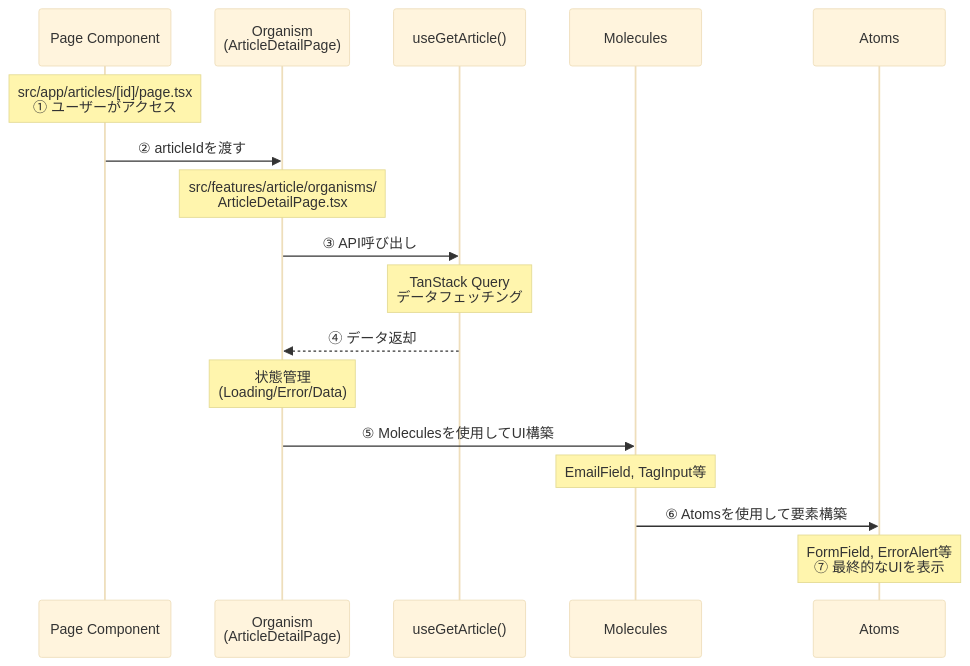
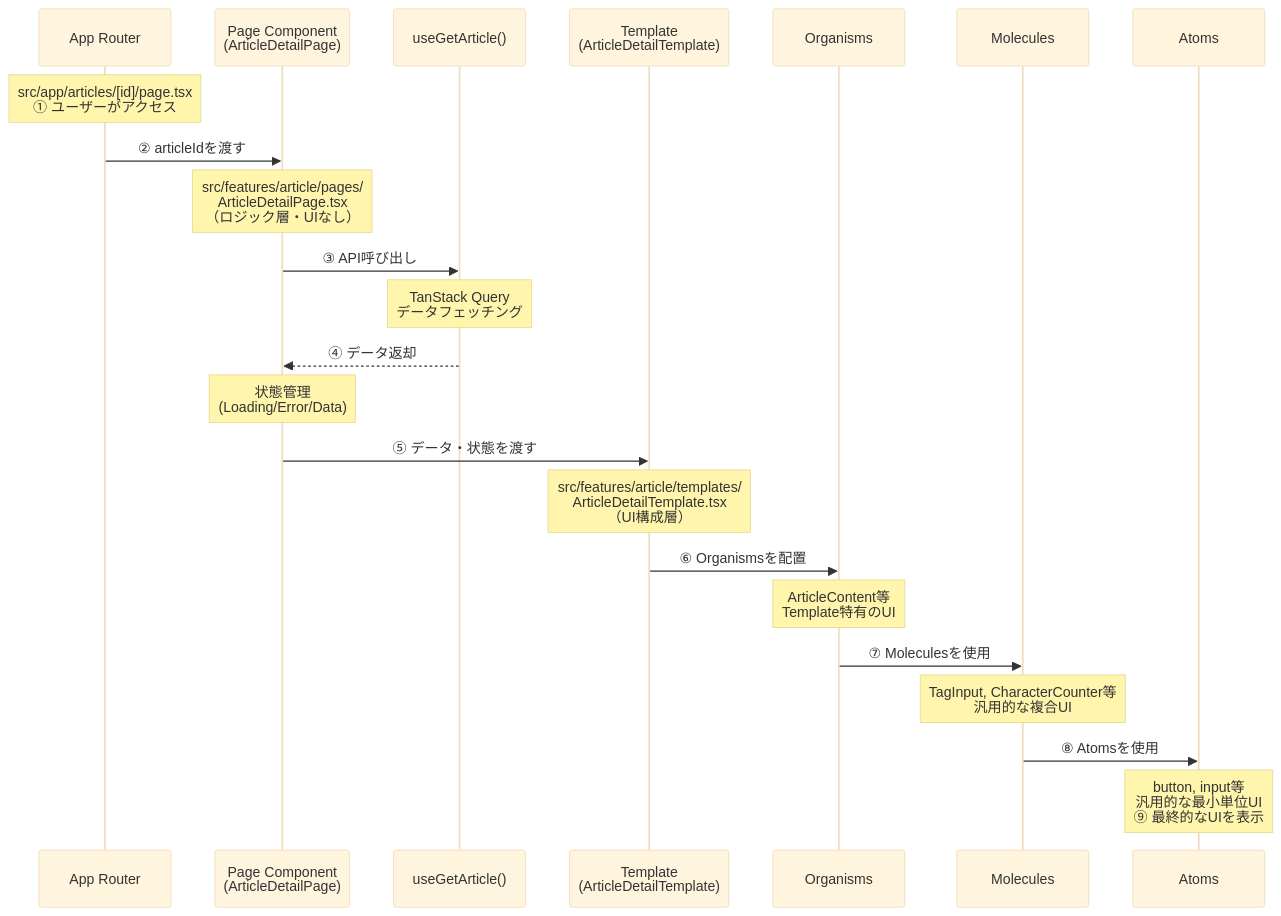
Before and after one commit to doguto/nari-note: the second of 7 diagrams in nari-note-frontend/docs/architecture-diagram.md, drawn with Mermaid (base theme). The commit also changed other lines of this file, not shown here.

Commit message:
Docs: architecture-diagram.mdを5層Atomic Design構造に更新

````diff
--- a/nari-note-frontend/docs/architecture-diagram.md
+++ b/nari-note-frontend/docs/architecture-diagram.md
@@ -98,26 +122,35 @@
 ```mermaid
 sequenceDiagram
-    participant Page as Page Component
-    participant Organism as Organism<br/>(ArticleDetailPage)
+    participant AppRouter as App Router
+    participant Page as Page Component<br/>(ArticleDetailPage)
     participant Hook as useGetArticle()
+    participant Template as Template<br/>(ArticleDetailTemplate)
+    participant Organism as Organisms
     participant Molecule as Molecules
     participant Atom as Atoms
     
-    Note over Page: src/app/articles/[id]/page.tsx<br/>① ユーザーがアクセス
+    Note over AppRouter: src/app/articles/[id]/page.tsx<br/>① ユーザーがアクセス
     
-    Page->>Organism: ② articleIdを渡す
+    AppRouter->>Page: ② articleIdを渡す
     
-    Note over Organism: src/features/article/organisms/<br/>ArticleDetailPage.tsx
+    Note over Page: src/features/article/pages/<br/>ArticleDetailPage.tsx<br/>（ロジック層・UIなし）
     
-    Organism->>Hook: ③ API呼び出し
+    Page->>Hook: ③ API呼び出し
     Note over Hook: TanStack Query<br/>データフェッチング
-    Hook-->>Organism: ④ データ返却
+    Hook-->>Page: ④ データ返却
     
-    Note over Organism: 状態管理<br/>(Loading/Error/Data)
+    Note over Page: 状態管理<br/>(Loading/Error/Data)
     
-    Organism->>Molecule: ⑤ Moleculesを使用してUI構築
-    Note over Molecule: EmailField, TagInput等
+    Page->>Template: ⑤ データ・状態を渡す
     
-    Molecule->>Atom: ⑥ Atomsを使用して要素構築
-    Note over Atom: FormField, ErrorAlert等<br/>⑦ 最終的なUIを表示
+    Note over Template: src/features/article/templates/<br/>ArticleDetailTemplate.tsx<br/>（UI構成層）
+    
+    Template->>Organism: ⑥ Organismsを配置
+    Note over Organism: ArticleContent等<br/>Template特有のUI
+    
+    Organism->>Molecule: ⑦ Moleculesを使用
+    Note over Molecule: TagInput, CharacterCounter等<br/>汎用的な複合UI
+    
+    Molecule->>Atom: ⑧ Atomsを使用
+    Note over Atom: button, input等<br/>汎用的な最小単位UI<br/>⑨ 最終的なUIを表示
 ```
````
